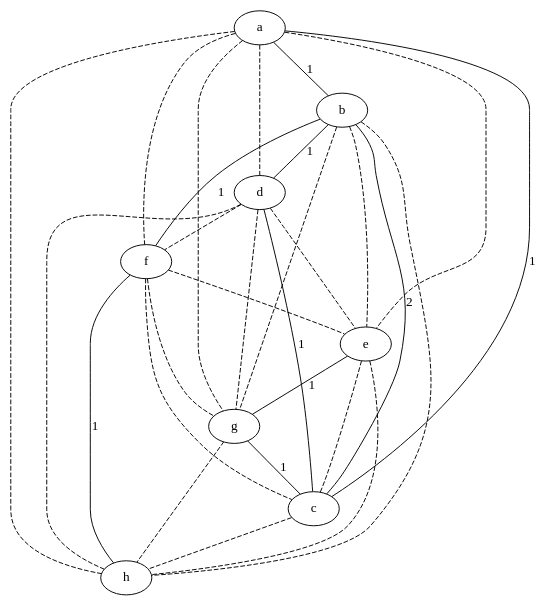
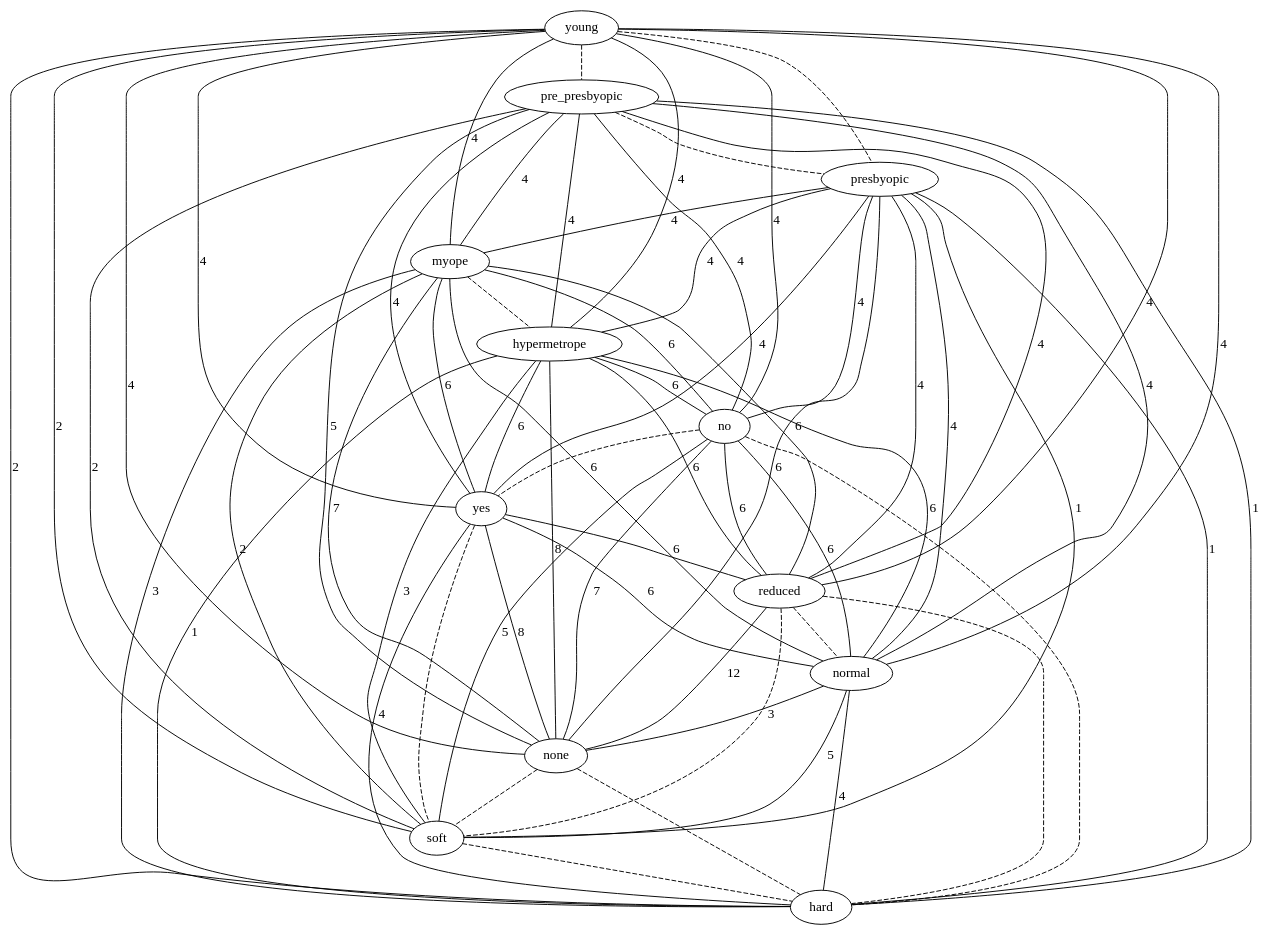
Before and after one commit to lrodrin/TFG: the diagram in src/final/plainGraph.dot, drawn with Graphviz. The commit also changed 12 other files, not shown here.

```diff
--- a/src/final/plainGraph.dot
+++ b/src/final/plainGraph.dot
@@ -1,38 +1,80 @@
 strict graph "" {
-a;
-b;
-d;
-f;
-e;
-g;
-c;
-h;
-a -- b  [color=black, label=1, style=solid];
-a -- d  [color=black, style=dashed];
-a -- f  [color=black, style=dashed];
-a -- e  [color=black, style=dashed];
-a -- g  [color=black, style=dashed];
-a -- c  [color=black, label=1, style=solid];
-a -- h  [color=black, style=dashed];
-b -- d  [color=black, label=1, style=solid];
-b -- f  [color=black, label=1, style=solid];
-b -- e  [color=black, style=dashed];
-b -- g  [color=black, style=dashed];
-b -- c  [color=black, label=2, style=solid];
-b -- h  [color=black, style=dashed];
-d -- f  [color=black, style=dashed];
-d -- e  [color=black, style=dashed];
-d -- g  [color=black, style=dashed];
-d -- c  [color=black, label=1, style=solid];
-d -- h  [color=black, style=dashed];
-f -- e  [color=black, style=dashed];
-f -- g  [color=black, style=dashed];
-f -- c  [color=black, style=dashed];
-f -- h  [color=black, label=1, style=solid];
-e -- g  [color=black, label=1, style=solid];
-e -- c  [color=black, style=dashed];
-e -- h  [color=black, style=dashed];
-g -- c  [color=black, label=1, style=solid];
-g -- h  [color=black, style=dashed];
-c -- h  [color=black, style=dashed];
+young;
+pre_presbyopic;
+presbyopic;
+myope;
+hypermetrope;
+no;
+yes;
+reduced;
+normal;
+none;
+soft;
+hard;
+young -- pre_presbyopic  [color=black, style=dashed];
+young -- presbyopic  [color=black, style=dashed];
+young -- myope  [color=black, label=4, style=solid];
+young -- hypermetrope  [color=black, label=4, style=solid];
+young -- no  [color=black, label=4, style=solid];
+young -- yes  [color=black, label=4, style=solid];
+young -- reduced  [color=black, label=4, style=solid];
+young -- normal  [color=black, label=4, style=solid];
+young -- none  [color=black, label=4, style=solid];
+young -- soft  [color=black, label=2, style=solid];
+young -- hard  [color=black, label=2, style=solid];
+pre_presbyopic -- presbyopic  [color=black, style=dashed];
+pre_presbyopic -- myope  [color=black, label=4, style=solid];
+pre_presbyopic -- hypermetrope  [color=black, label=4, style=solid];
+pre_presbyopic -- no  [color=black, label=4, style=solid];
+pre_presbyopic -- yes  [color=black, label=4, style=solid];
+pre_presbyopic -- reduced  [color=black, label=4, style=solid];
+pre_presbyopic -- normal  [color=black, label=4, style=solid];
+pre_presbyopic -- none  [color=black, label=5, style=solid];
+pre_presbyopic -- soft  [color=black, label=2, style=solid];
+pre_presbyopic -- hard  [color=black, label=1, style=solid];
+presbyopic -- myope  [color=black, label=4, style=solid];
+presbyopic -- hypermetrope  [color=black, label=4, style=solid];
+presbyopic -- no  [color=black, label=4, style=solid];
+presbyopic -- yes  [color=black, label=4, style=solid];
+presbyopic -- reduced  [color=black, label=4, style=solid];
+presbyopic -- normal  [color=black, label=4, style=solid];
+presbyopic -- none  [color=black, label=6, style=solid];
+presbyopic -- soft  [color=black, label=1, style=solid];
+presbyopic -- hard  [color=black, label=1, style=solid];
+myope -- hypermetrope  [color=black, style=dashed];
+myope -- no  [color=black, label=6, style=solid];
+myope -- yes  [color=black, label=6, style=solid];
+myope -- reduced  [color=black, label=6, style=solid];
+myope -- normal  [color=black, label=6, style=solid];
+myope -- none  [color=black, label=7, style=solid];
+myope -- soft  [color=black, label=2, style=solid];
+myope -- hard  [color=black, label=3, style=solid];
+hypermetrope -- no  [color=black, label=6, style=solid];
+hypermetrope -- yes  [color=black, label=6, style=solid];
+hypermetrope -- reduced  [color=black, label=6, style=solid];
+hypermetrope -- normal  [color=black, label=6, style=solid];
+hypermetrope -- none  [color=black, label=8, style=solid];
+hypermetrope -- soft  [color=black, label=3, style=solid];
+hypermetrope -- hard  [color=black, label=1, style=solid];
+no -- yes  [color=black, style=dashed];
+no -- reduced  [color=black, label=6, style=solid];
+no -- normal  [color=black, label=6, style=solid];
+no -- none  [color=black, label=7, style=solid];
+no -- soft  [color=black, label=5, style=solid];
+no -- hard  [color=black, style=dashed];
+yes -- reduced  [color=black, label=6, style=solid];
+yes -- normal  [color=black, label=6, style=solid];
+yes -- none  [color=black, label=8, style=solid];
+yes -- soft  [color=black, style=dashed];
+yes -- hard  [color=black, label=4, style=solid];
+reduced -- normal  [color=black, style=dashed];
+reduced -- none  [color=black, label=12, style=solid];
+reduced -- soft  [color=black, style=dashed];
+reduced -- hard  [color=black, style=dashed];
+normal -- none  [color=black, label=3, style=solid];
+normal -- soft  [color=black, label=5, style=solid];
+normal -- hard  [color=black, label=4, style=solid];
+none -- soft  [color=black, style=dashed];
+none -- hard  [color=black, style=dashed];
+soft -- hard  [color=black, style=dashed];
 }
```
